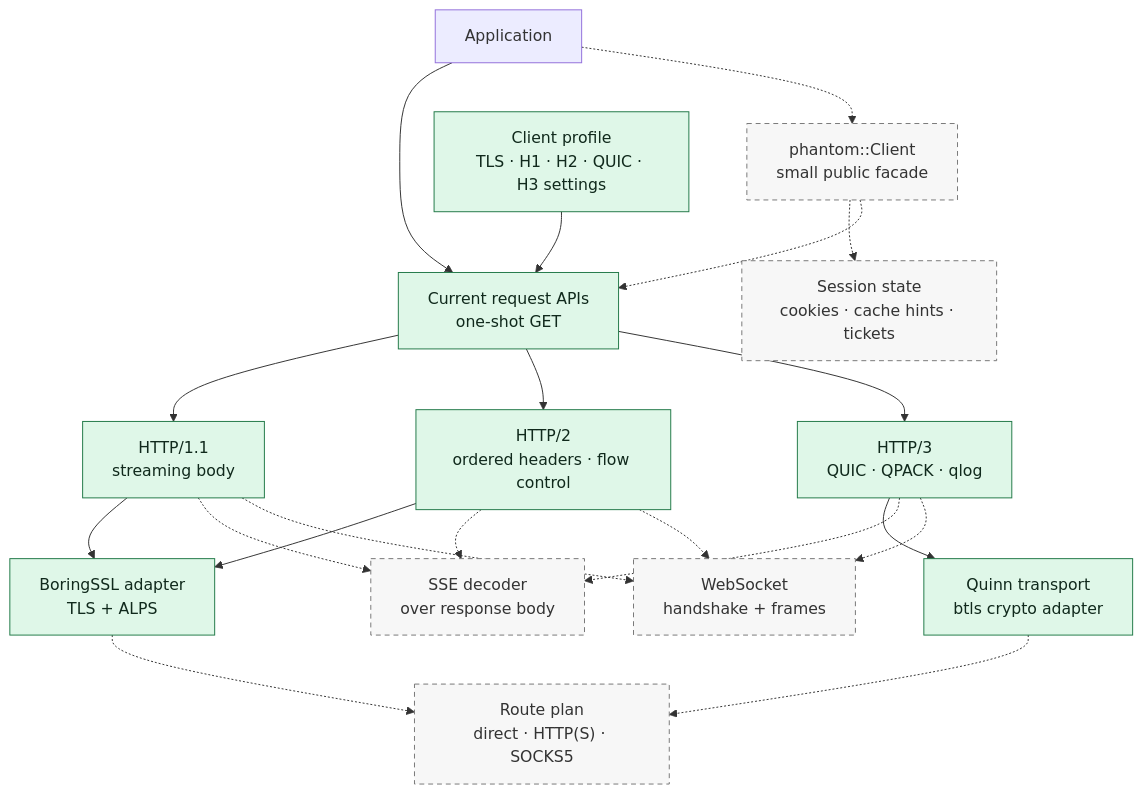
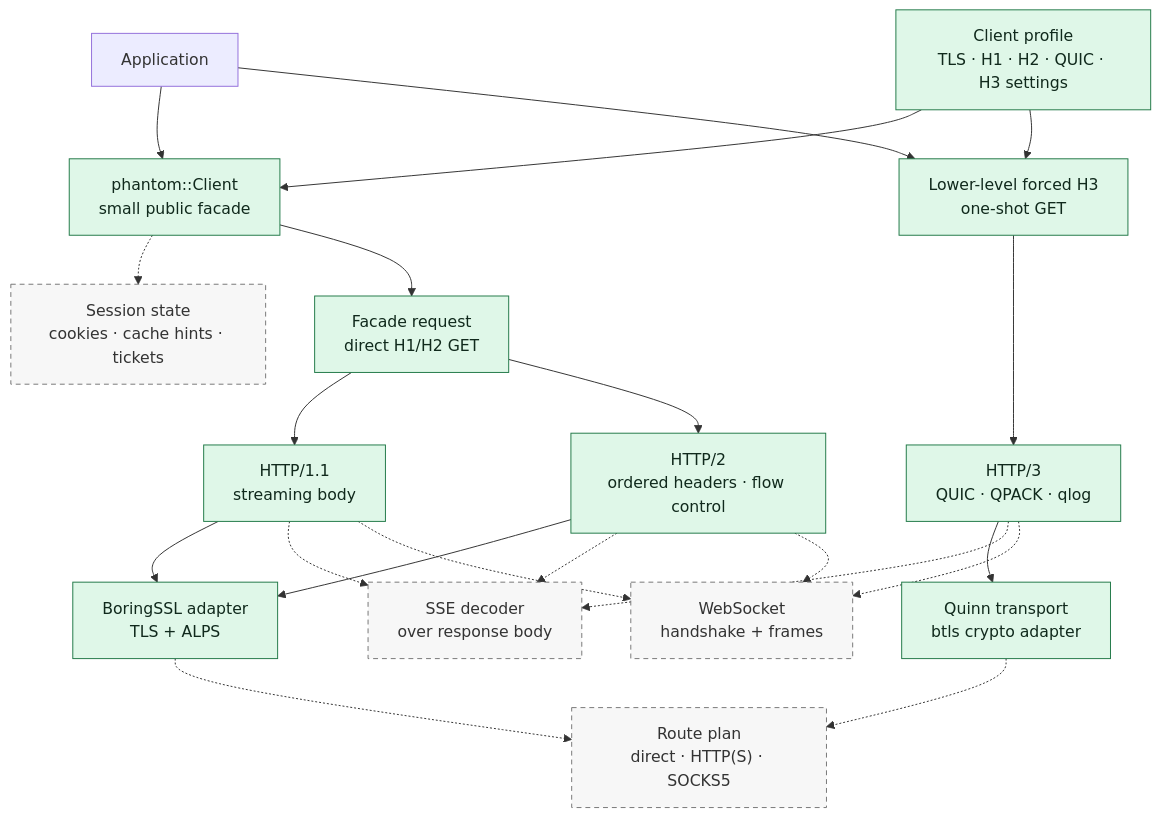
The first of 4 diagrams in docs/architecture.md (bywayhq/phantom), drawn with Mermaid before and after one commit. The commit also changed other lines of this file and 27 other files, not shown here.

Commit message:
feat(client): add exact H1 and H2 facade

````diff
--- a/docs/architecture.md
+++ b/docs/architecture.md
@@ -22,42 +22,44 @@
 ```mermaid
 flowchart TB
     User[Application]
     Client["phantom::Client<br/>small public facade"]
     Session["Session state<br/>cookies · cache hints · tickets"]
     Profile["Client profile<br/>TLS · H1 · H2 · QUIC · H3 settings"]
     Route["Route plan<br/>direct · HTTP(S) · SOCKS5"]
-    Request["Current request APIs<br/>one-shot GET"]
+    FacadeRequest["Facade request<br/>direct H1/H2 GET"]
+    DirectH3["Lower-level forced H3<br/>one-shot GET"]
 
     H1["HTTP/1.1<br/>streaming body"]
     H2["HTTP/2<br/>ordered headers · flow control"]
     H3["HTTP/3<br/>QUIC · QPACK · qlog"]
     TLS["BoringSSL adapter<br/>TLS + ALPS"]
     QUIC["Quinn transport<br/>btls crypto adapter"]
     SSE["SSE decoder<br/>over response body"]
     WS["WebSocket<br/>handshake + frames"]
 
-    User --> Request
-    Profile --> Request
-    Request --> H1
-    Request --> H2
-    User -.-> Client
+    User --> Client
+    User --> DirectH3
+    Profile --> Client
+    Profile --> DirectH3
+    FacadeRequest --> H1
+    FacadeRequest --> H2
     Client -.-> Session
-    Client -.-> Request
-    Request --> H3
+    Client --> FacadeRequest
+    DirectH3 --> H3
     H1 --> TLS
     H2 --> TLS
     H3 --> QUIC
     TLS -.-> Route
     QUIC -.-> Route
     H1 -.-> SSE
     H2 -.-> SSE
     H3 -.-> SSE
     H1 -.-> WS
     H2 -.-> WS
     H3 -.-> WS
 
     classDef current fill:#dff7e8,stroke:#237a49,color:#10291c
     classDef planned fill:#f7f7f7,stroke:#777,stroke-dasharray:5 4,color:#333
-    class Profile,Request,H1,H2,H3,TLS,QUIC current
-    class Client,Session,Route,SSE,WS planned
+    class Client,Profile,FacadeRequest,DirectH3,H1,H2,H3,TLS,QUIC current
+    class Session,Route,SSE,WS planned
 ```
````
